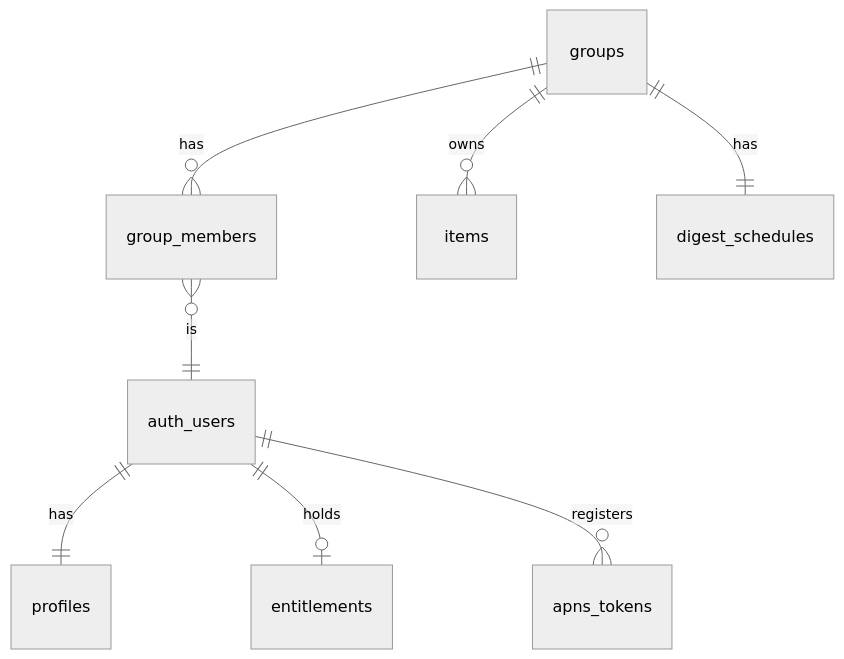
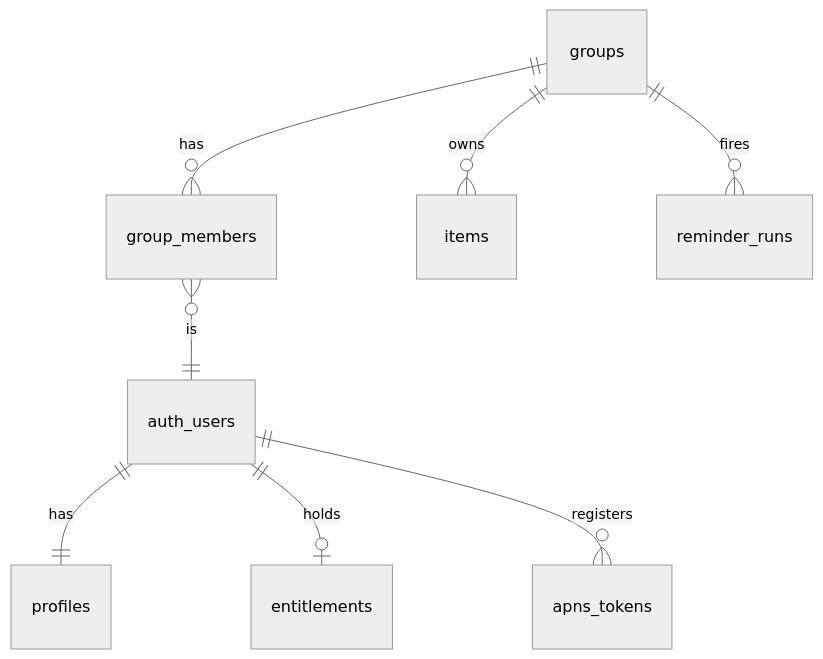
One commit to can-saglam/for-science-and-pleasure changed the diagram in LAUNCH_PLAN.md. Above: the diagram before and after it, drawn with Mermaid (neutral theme). The commit also changed other lines of this file and 54 other files, not shown here.

````diff
--- a/LAUNCH_PLAN.md
+++ b/LAUNCH_PLAN.md
@@ -28,10 +28,10 @@
 ```mermaid
 erDiagram
     groups ||--o{ group_members : has
     groups ||--o{ items : owns
-    groups ||--|| digest_schedules : has
+    groups ||--o{ reminder_runs : fires
     group_members }o--|| auth_users : is
     auth_users ||--|| profiles : has
     auth_users ||--o| entitlements : holds
     auth_users ||--o{ apns_tokens : registers
 ```
````
